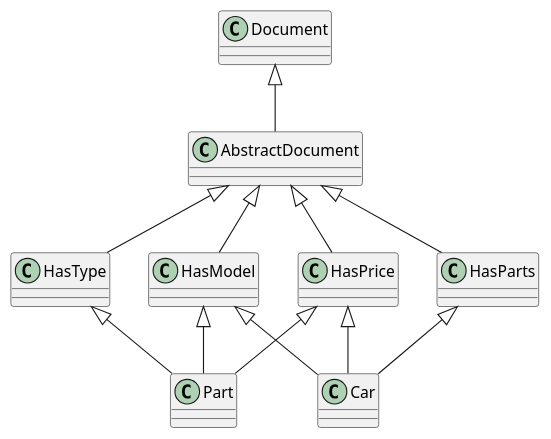
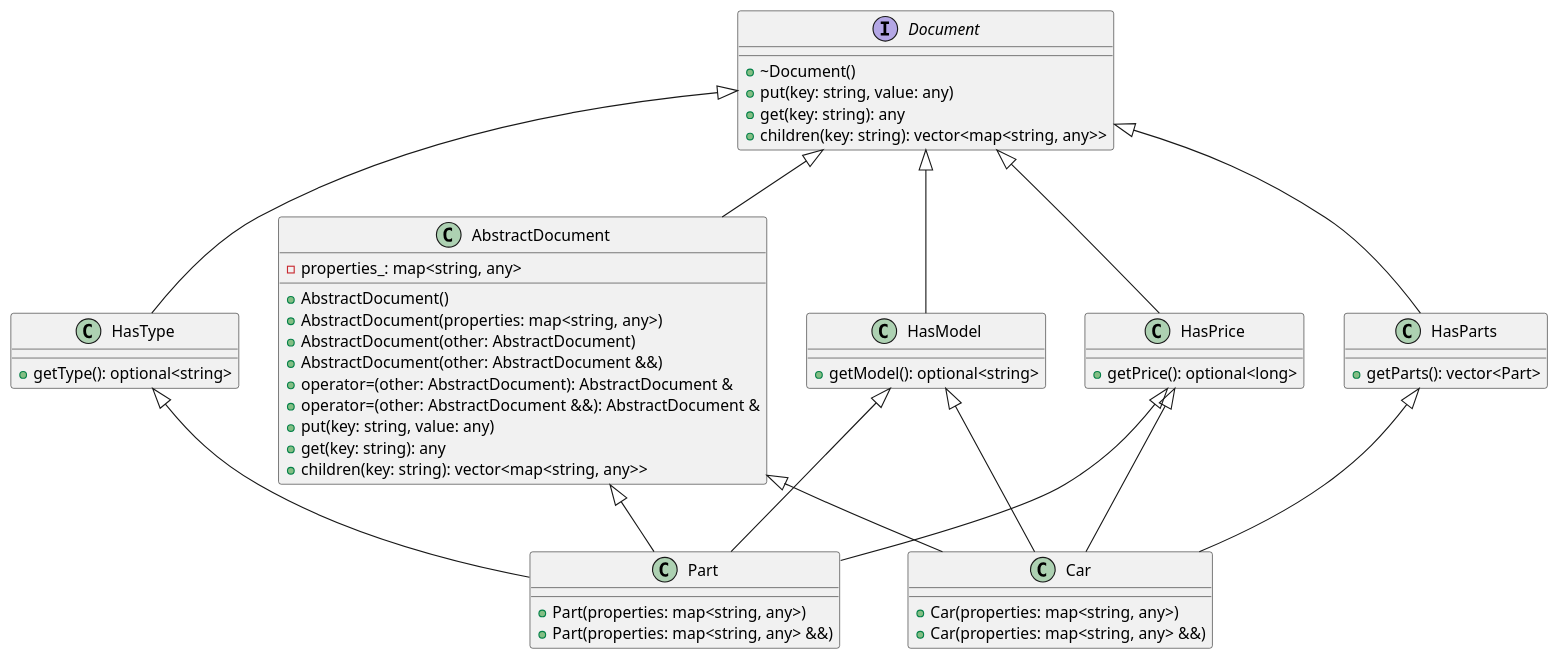
One commit to mmpaszkowski/cpp-design-patterns changed the diagram in abstract-document/etc/abstract-document.puml. Above: the diagram before and after it, drawn with PlantUML. The commit also changed 1 other file, not shown here.

Commit message:
docs: expand abstract document UML

```diff
--- a/abstract-document/etc/abstract-document.puml
+++ b/abstract-document/etc/abstract-document.puml
@@ -1,22 +1,61 @@
 @startuml
-class Document
-class AbstractDocument
-class HasModel
-class HasPrice
-class HasType
-class HasParts
-class Part
-class Car
+interface Document {
+    +~Document()
+    +put(key: string, value: any)
+    +get(key: string): any
+    +children(key: string): vector<map<string, any>>
+}
+
+class AbstractDocument {
+    -properties_: map<string, any>
+    +AbstractDocument()
+    +AbstractDocument(properties: map<string, any>)
+    +AbstractDocument(other: AbstractDocument)
+    +AbstractDocument(other: AbstractDocument &&)
+    +operator=(other: AbstractDocument): AbstractDocument &
+    +operator=(other: AbstractDocument &&): AbstractDocument &
+    +put(key: string, value: any)
+    +get(key: string): any
+    +children(key: string): vector<map<string, any>>
+}
+
+class HasModel {
+    +getModel(): optional<string>
+}
+
+class HasPrice {
+    +getPrice(): optional<long>
+}
+
+class HasType {
+    +getType(): optional<string>
+}
+
+class HasParts {
+    +getParts(): vector<Part>
+}
+
+class Part {
+    +Part(properties: map<string, any>)
+    +Part(properties: map<string, any> &&)
+}
+
+class Car {
+    +Car(properties: map<string, any>)
+    +Car(properties: map<string, any> &&)
+}
 
 Document <|-- AbstractDocument
-AbstractDocument <|-- HasModel
-AbstractDocument <|-- HasPrice
-AbstractDocument <|-- HasType
-AbstractDocument <|-- HasParts
+Document <|-- HasModel
+Document <|-- HasPrice
+Document <|-- HasType
+Document <|-- HasParts
+AbstractDocument <|-- Car
+AbstractDocument <|-- Part
 HasModel <|-- Car
 HasPrice <|-- Car
 HasParts <|-- Car
 HasModel <|-- Part
 HasPrice <|-- Part
 HasType <|-- Part
 @enduml
```
